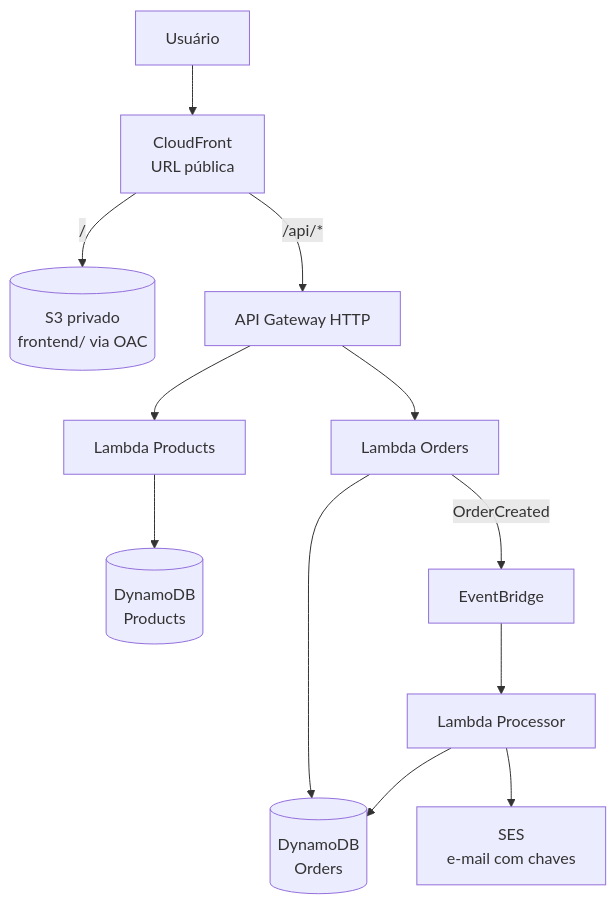
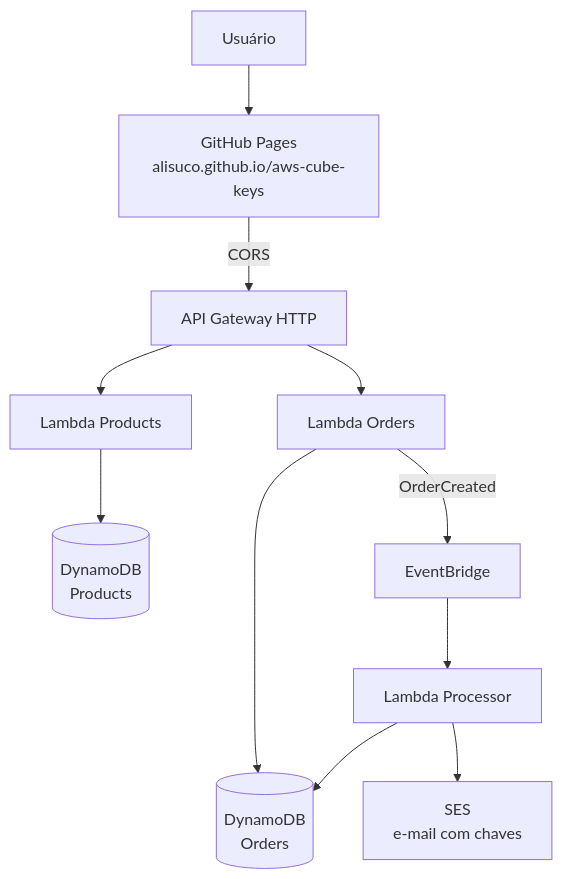
One commit to alisuco/aws-cube-keys changed the diagram in README.md. Above: the diagram before and after it, drawn with Mermaid. The commit also changed other lines of this file and 1 other file, not shown here.

Commit message:
docs: atualiza arquitetura para GitHub Pages

````diff
--- a/README.md
+++ b/README.md
@@ -9,18 +9,16 @@
 ```mermaid
 flowchart TD
-    U[Usuário] --> CF[CloudFront<br/>URL pública]
-
-    CF -->|/| S3[(S3 privado<br/>frontend/ via OAC)]
-    CF -->|/api/*| API[API Gateway HTTP]
+    U[Usuário] --> GH[GitHub Pages<br/>alisuco.github.io/aws-cube-keys]
+    GH -->|CORS| API[API Gateway HTTP]
 
     API --> LP[Lambda Products]
     API --> LO[Lambda Orders]
 
     LP --> DDBP[(DynamoDB<br/>Products)]
     LO --> DDBO[(DynamoDB<br/>Orders)]
 
     LO -->|OrderCreated| EB[EventBridge]
     EB --> LC[Lambda Processor]
     LC --> DDBO
     LC --> SES[SES<br/>e-mail com chaves]
 ```
````
